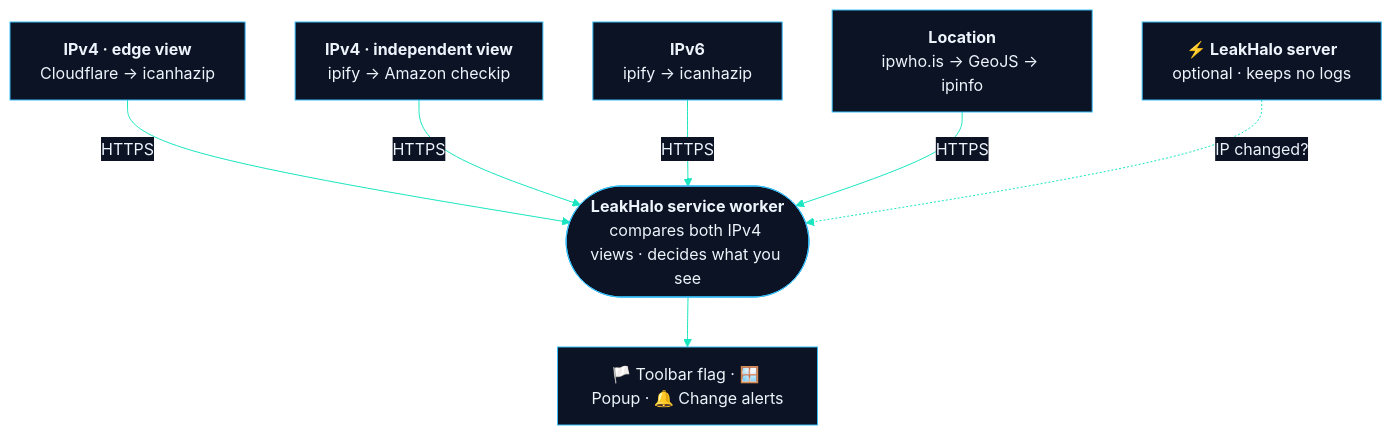
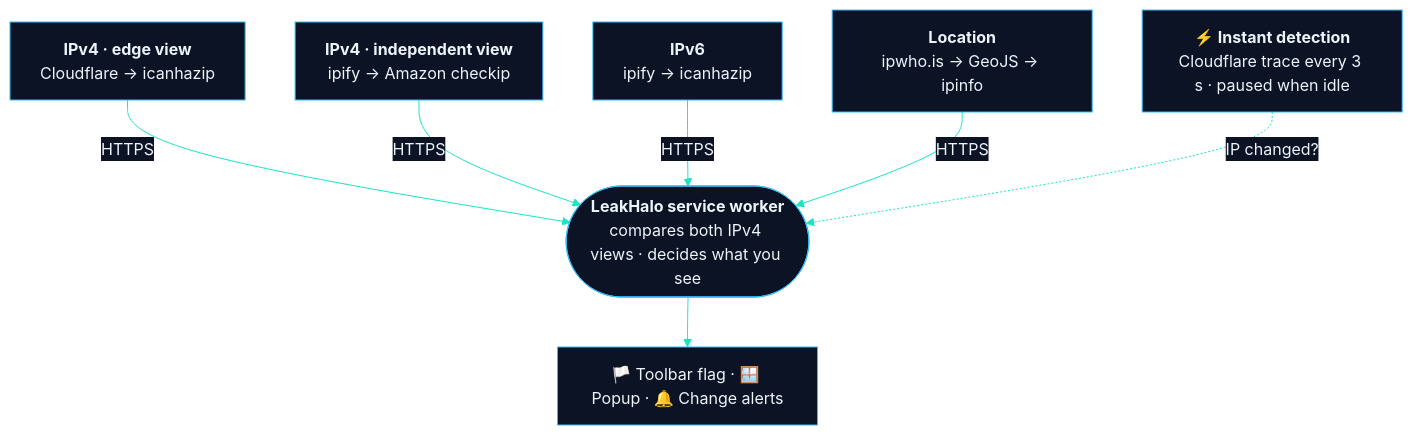
One commit to SLMN-LABS/leakhalo changed the diagram in README.md. Above: the diagram before and after it, drawn with Mermaid. The commit also changed other lines of this file and 12 other files, not shown here.

Commit message:
1.2.0: serverless instant detection, ERR grace, uninstall feedback page

````diff
--- a/README.md
+++ b/README.md
@@ -89,14 +89,14 @@
 ```mermaid
 %%{init: {"theme": "base", "themeVariables": {"fontFamily": "Inter, Segoe UI, sans-serif", "primaryColor": "#0b1324", "primaryTextColor": "#eef4fc", "primaryBorderColor": "#38bdf8", "lineColor": "#19e6c1", "clusterBkg": "#071328", "clusterBorder": "#1d6fe0", "titleColor": "#9db0c6", "edgeLabelBackground": "#0b1324", "textColor": "#9db0c6"}}}%%
 flowchart TB
     CF["<b>IPv4 · edge view</b><br/>Cloudflare → icanhazip"]
     IP["<b>IPv4 · independent view</b><br/>ipify → Amazon checkip"]
     V6["<b>IPv6</b><br/>ipify → icanhazip"]
     GEO["<b>Location</b><br/>ipwho.is → GeoJS → ipinfo"]
-    SRV["<b>⚡ LeakHalo server</b><br/>optional · keeps no logs"]
+    WATCH["<b>⚡ Instant detection</b><br/>Cloudflare trace every 3 s · paused when idle"]
     SW(["<b>LeakHalo service worker</b><br/>compares both IPv4 views · decides what you see"])
     UI["🏳️ Toolbar flag · 🪟 Popup · 🔔 Change alerts"]
     CF & IP & V6 & GEO -- HTTPS --> SW
-    SRV -. "IP changed?" .-> SW
+    WATCH -. "IP changed?" .-> SW
     SW --> UI
 ```
````
